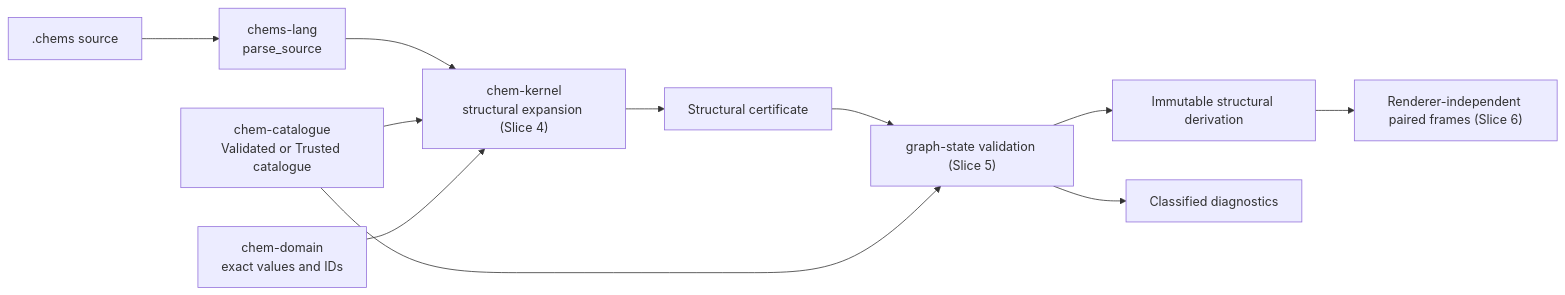
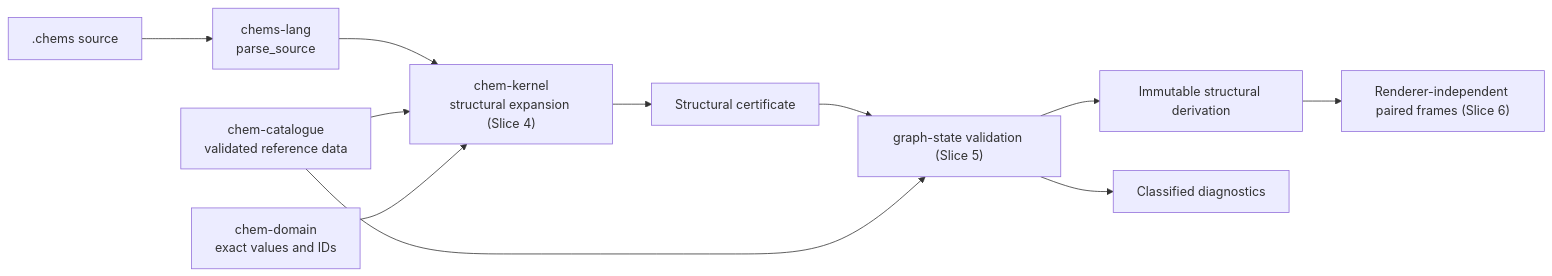
Before and after one commit to charles-mills/ChemSpec: the diagram in crates/chem-kernel/README.md, drawn with Mermaid. The commit also changed other lines of this file and 81 other files, not shown here.

````diff
--- a/crates/chem-kernel/README.md
+++ b/crates/chem-kernel/README.md
@@ -16,13 +16,13 @@
 ```mermaid
 flowchart LR
     source[".chems source"] --> frontend["chems-lang<br/>parse_source"]
     frontend --> elaborate["chem-kernel<br/>structural expansion (Slice 4)"]
-    catalogue["chem-catalogue<br/>Validated or Trusted catalogue"] --> elaborate
+    catalogue["chem-catalogue<br/>validated reference data"] --> elaborate
     domain["chem-domain<br/>exact values and IDs"] --> elaborate
     elaborate --> hir["Structural certificate"]
     hir --> kernel["graph-state validation (Slice 5)"]
     catalogue --> kernel
     kernel --> derivation["Immutable structural derivation"]
     derivation --> frames["Renderer-independent paired frames (Slice 6)"]
     kernel --> diagnostics["Classified diagnostics"]
 ```
````
